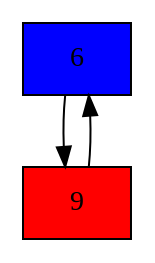
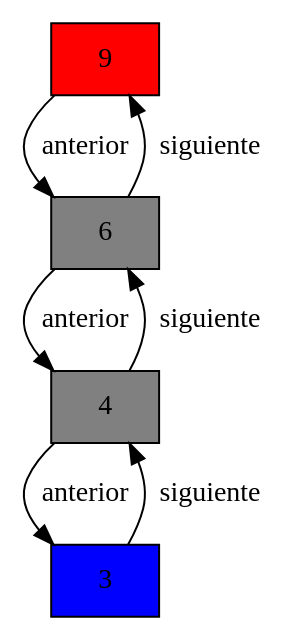
One commit to JoseTg1904/ConferenciaEDDLineales changed the diagram in graficos/doble4.dot. Above: the diagram before and after it, drawn with Graphviz. The commit also changed 9 other files, not shown here.

```diff
--- a/graficos/doble4.dot
+++ b/graficos/doble4.dot
@@ -1,7 +1,13 @@
 digraph grafico{
 node [style = "filled" shape = "box"]
-"<clases.nodoDoble.NodoDoble object at 0x000001702EB27730>" [label = "6" fillcolor = "blue"]
-"<clases.nodoDoble.NodoDoble object at 0x000001702EB27730>" -> "<clases.nodoDoble.NodoDoble object at 0x000001702EC75280>"
-"<clases.nodoDoble.NodoDoble object at 0x000001702EC75280>" [label = "9" fillcolor = "red"]
-"<clases.nodoDoble.NodoDoble object at 0x000001702EC75280>" -> "<clases.nodoDoble.NodoDoble object at 0x000001702EB27730>"
+"<clases.nodoDoble.NodoDoble object at 0x7f5aebc9b250>" [label = "9" fillcolor = "red"]
+"<clases.nodoDoble.NodoDoble object at 0x7f5aebc9b250>" -> "<clases.nodoDoble.NodoDoble object at 0x7f5aebc9b190>" [label = "anterior"]
+"<clases.nodoDoble.NodoDoble object at 0x7f5aebc9b190>" [label = "6" fillcolor = "gray"]
+"<clases.nodoDoble.NodoDoble object at 0x7f5aebc9b190>" -> "<clases.nodoDoble.NodoDoble object at 0x7f5aebc780d0>" [label = "anterior"]
+"<clases.nodoDoble.NodoDoble object at 0x7f5aebc9b190>" -> "<clases.nodoDoble.NodoDoble object at 0x7f5aebc9b250>" [label = "siguiente"]
+"<clases.nodoDoble.NodoDoble object at 0x7f5aebc780d0>" [label = "4" fillcolor = "gray"]
+"<clases.nodoDoble.NodoDoble object at 0x7f5aebc780d0>" -> "<clases.nodoDoble.NodoDoble object at 0x7f5aebc9b220>" [label = "anterior"]
+"<clases.nodoDoble.NodoDoble object at 0x7f5aebc780d0>" -> "<clases.nodoDoble.NodoDoble object at 0x7f5aebc9b190>" [label = "siguiente"]
+"<clases.nodoDoble.NodoDoble object at 0x7f5aebc9b220>" [label = "3" fillcolor = "blue"]
+"<clases.nodoDoble.NodoDoble object at 0x7f5aebc9b220>" -> "<clases.nodoDoble.NodoDoble object at 0x7f5aebc780d0>" [label = "siguiente"]
 }
```
